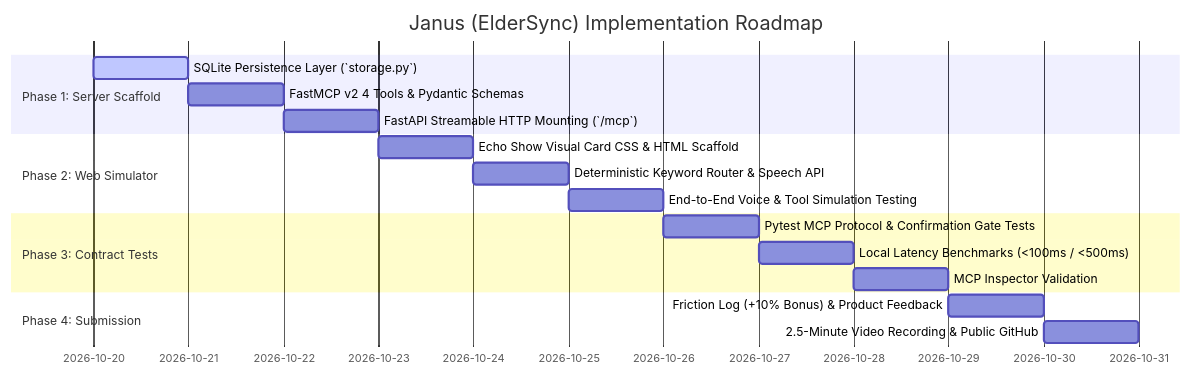
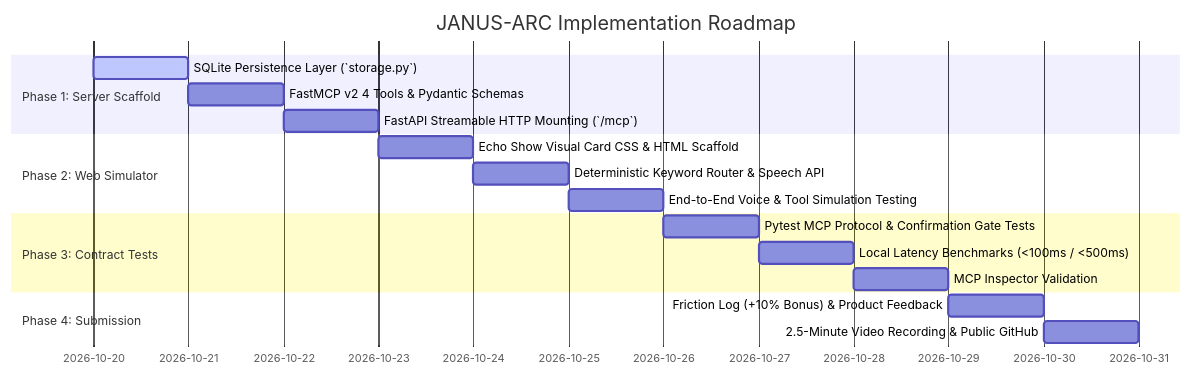
One commit to anshkumarraix-dev/JANUS-ARC changed the diagram in docs/PLAN.md. Above: the diagram before and after it, drawn with Mermaid. The commit also changed other lines of this file and 41 other files, not shown here.

Commit message:
refactor: rename project name from Janus (ElderSync) to JANUS-ARC everywhere

````diff
--- a/docs/PLAN.md
+++ b/docs/PLAN.md
@@ -9,20 +9,20 @@
 ```mermaid
 gantt
-    title Janus (ElderSync) Implementation Roadmap
+    title JANUS-ARC Implementation Roadmap
     dateFormat  YYYY-MM-DD
     section Phase 1: Server Scaffold
     SQLite Persistence Layer (`storage.py`)        :active, p1_1, 2026-10-20, 1d
     FastMCP v2 4 Tools & Pydantic Schemas         :p1_2, after p1_1, 1d
     FastAPI Streamable HTTP Mounting (`/mcp`)      :p1_3, after p1_2, 1d
     section Phase 2: Web Simulator
     Echo Show Visual Card CSS & HTML Scaffold      :p2_1, after p1_3, 1d
     Deterministic Keyword Router & Speech API      :p2_2, after p2_1, 1d
     End-to-End Voice & Tool Simulation Testing     :p2_3, after p2_2, 1d
     section Phase 3: Contract Tests
     Pytest MCP Protocol & Confirmation Gate Tests  :p3_1, after p2_3, 1d
     Local Latency Benchmarks (<100ms / <500ms)     :p3_2, after p3_1, 1d
     MCP Inspector Validation                       :p3_3, after p3_2, 1d
     section Phase 4: Submission
     Friction Log (+10% Bonus) & Product Feedback   :p4_1, after p3_3, 1d
     2.5-Minute Video Recording & Public GitHub     :p4_2, after p4_1, 1d
 ```
````
